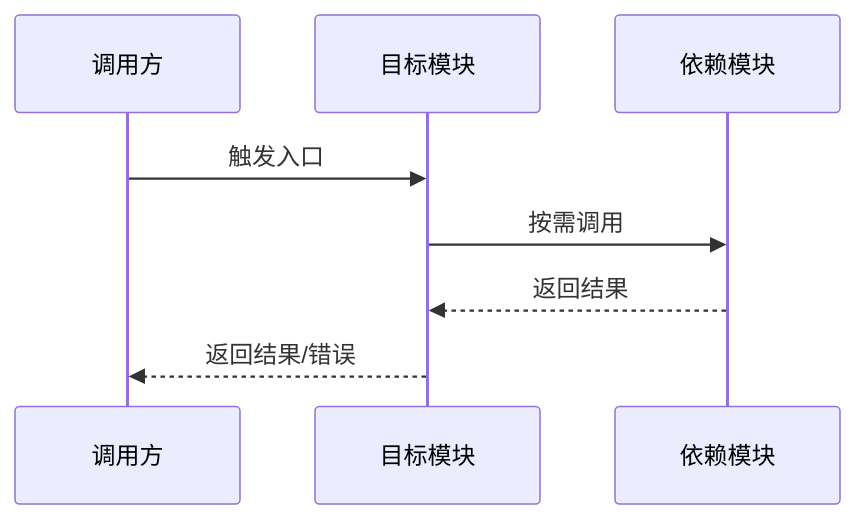
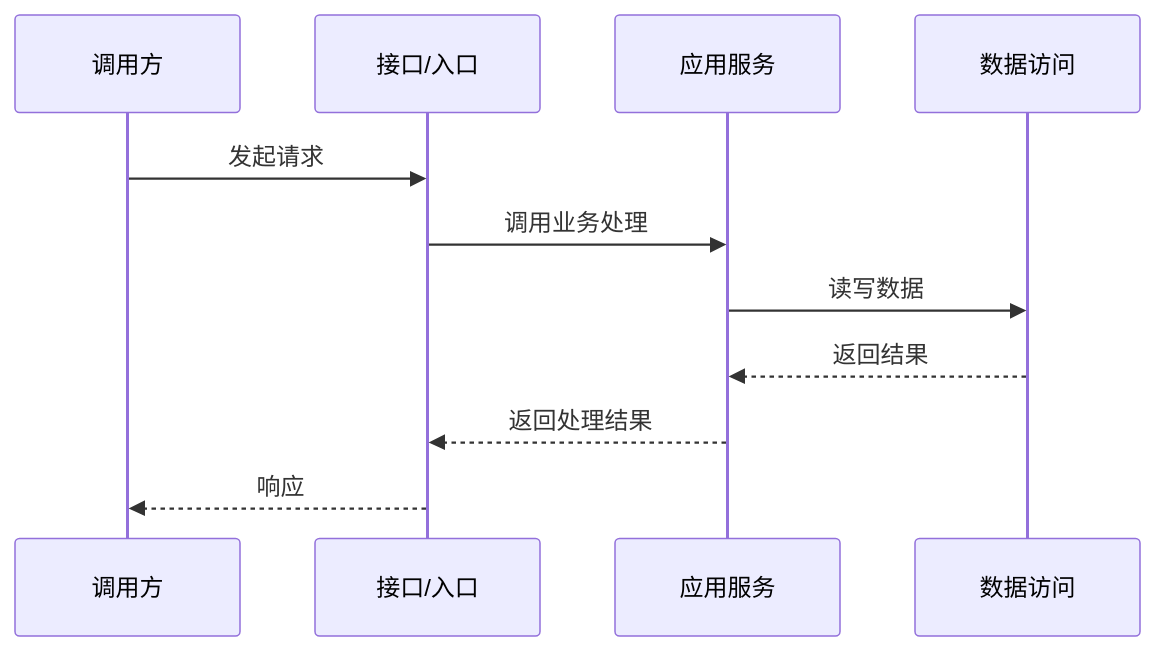
One commit to Tudou77826/sdd-workflow-skills changed the third of 3 diagrams in sdd-module-tobe-design/references/tobe-output-template.md. Above: the diagram before and after it, drawn with Mermaid. The commit also changed other lines of this file and 18 other files, not shown here.

````diff
--- a/sdd-module-tobe-design/references/tobe-output-template.md
+++ b/sdd-module-tobe-design/references/tobe-output-template.md
@@ -79,10 +134,13 @@
 ```mermaid
 sequenceDiagram
     participant Caller as 调用方
-    participant Module as 目标模块
-    participant Dep as 依赖模块
-    Caller->>Module: 触发入口
-    Module->>Dep: 按需调用
-    Dep-->>Module: 返回结果
-    Module-->>Caller: 返回结果/错误
+    participant API as 接口/入口
+    participant Service as 应用服务
+    participant Repo as 数据访问
+    Caller->>API: 发起请求
+    API->>Service: 调用业务处理
+    Service->>Repo: 读写数据
+    Repo-->>Service: 返回结果
+    Service-->>API: 返回处理结果
+    API-->>Caller: 响应
 ```
````
